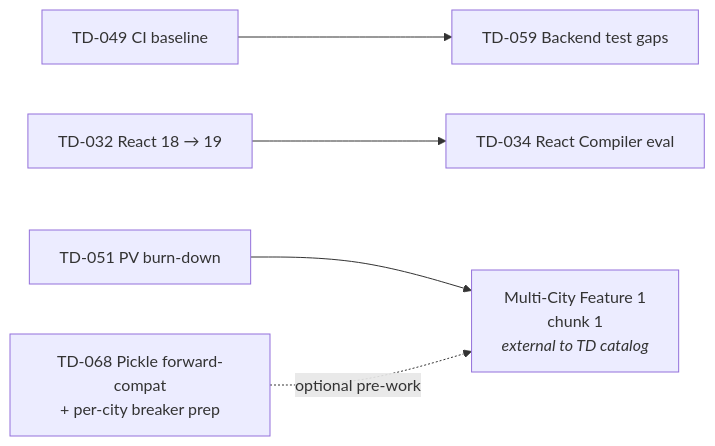
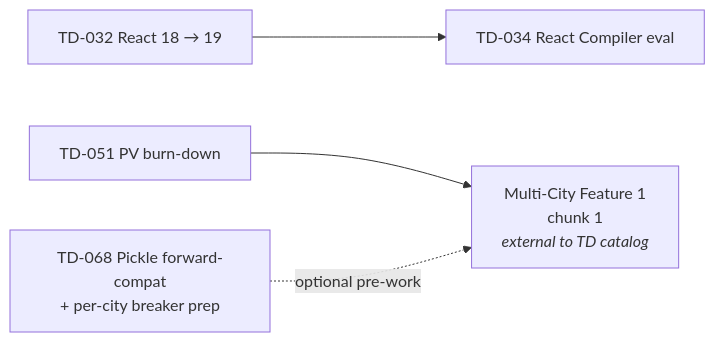
Before and after one commit to AdamBHonaker/Walk-Path-Calculator: the diagram in docs/Technical_Debt_Roadmap.md, drawn with Mermaid. The commit also changed other lines of this file and 5 other files, not shown here.

First line of the commit message:
test(backend): geocoding cascade + redaction coverage (TD-059)

````diff
--- a/docs/Technical_Debt_Roadmap.md
+++ b/docs/Technical_Debt_Roadmap.md
@@ -20,7 +20,6 @@
 ```mermaid
 graph LR
-  TD049[TD-049 CI baseline] --> TD059[TD-059 Backend test gaps]
   TD032[TD-032 React 18 → 19] --> TD034[TD-034 React Compiler eval]
   TD051[TD-051 PV burn-down] --> FEAT1[Multi-City Feature 1<br/>chunk 1<br/><i>external to TD catalog</i>]
   TD068[TD-068 Pickle forward-compat<br/>+ per-city breaker prep] -.optional pre-work.-> FEAT1
 ```
````
